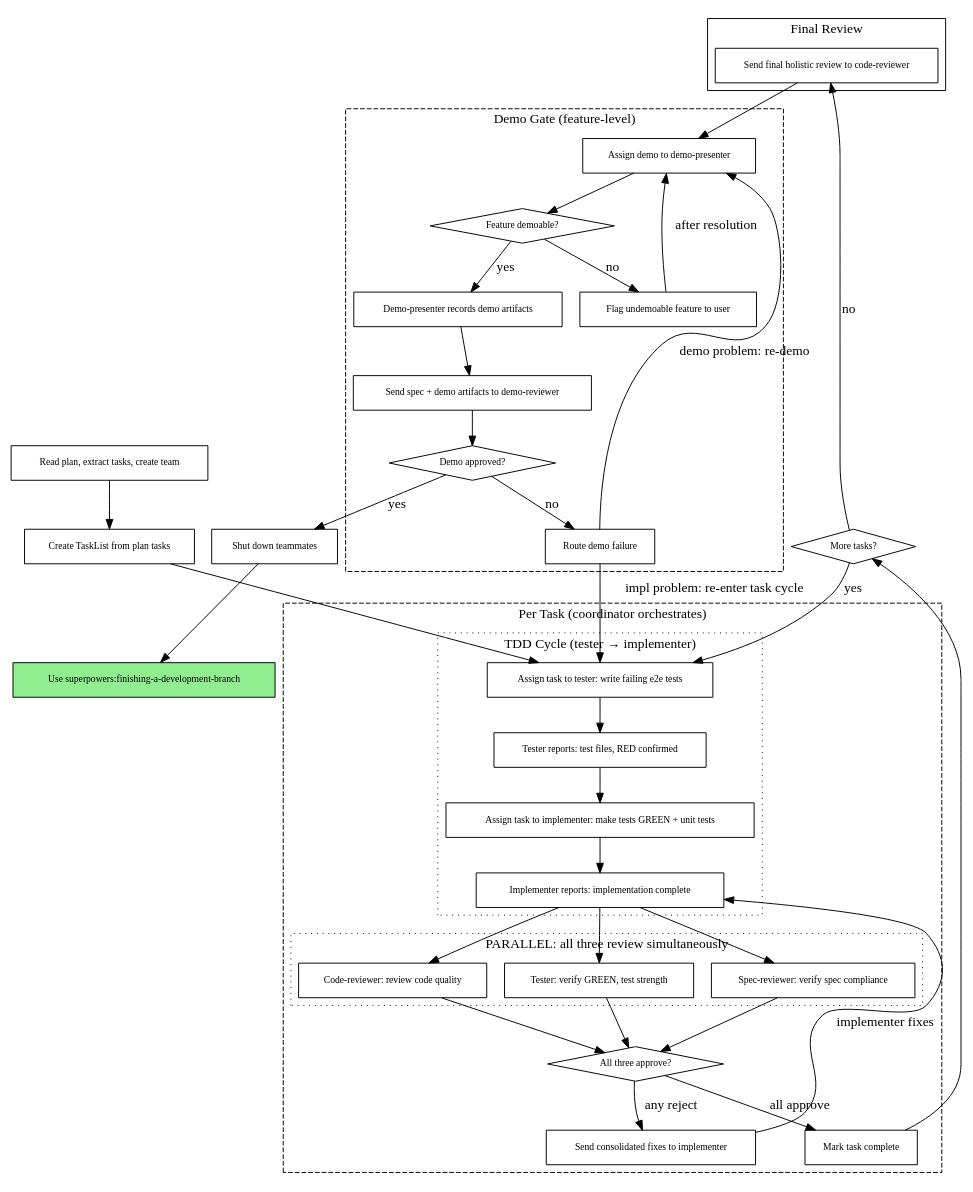
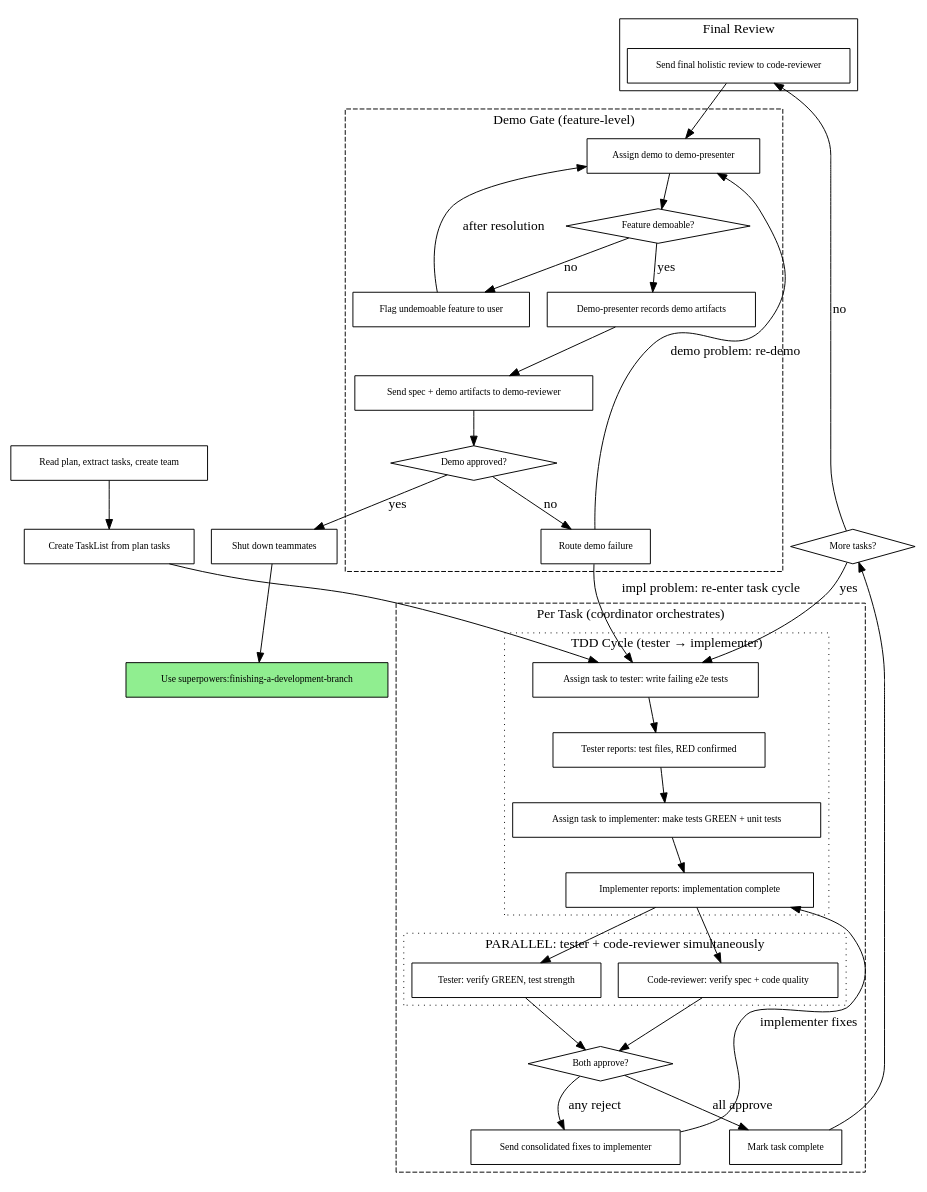
The second of 2 diagrams in plugins/superpowers/skills/subagent-driven-development/SKILL.md (pedropaulovc/personal-marketplace), drawn with Graphviz before and after one commit. The commit also changed other lines of this file and 6 other files, not shown here.

First line of the commit message:
refactor: combine spec-reviewer and code-quality-reviewer into single code-reviewer; improve tester and demo-presenter (v4.3.0.6)

```diff
--- a/plugins/superpowers/skills/subagent-driven-development/SKILL.md
+++ b/plugins/superpowers/skills/subagent-driven-development/SKILL.md
@@ -69,14 +68,13 @@
         }
 
         subgraph cluster_parallel_review {
-            label="PARALLEL: all three review simultaneously";
+            label="PARALLEL: tester + code-reviewer simultaneously";
             style=dotted;
             "Tester: verify GREEN, test strength" [shape=box];
-            "Spec-reviewer: verify spec compliance" [shape=box];
-            "Code-reviewer: review code quality" [shape=box];
+            "Code-reviewer: verify spec + code quality" [shape=box];
         }
 
-        "All three approve?" [shape=diamond];
+        "Both approve?" [shape=diamond];
         "Send consolidated fixes to implementer" [shape=box];
         "Mark task complete" [shape=box];
     }
@@ -112,18 +110,16 @@
     "Tester reports: test files, RED confirmed" -> "Assign task to implementer: make tests GREEN + unit tests";
     "Assign task to implementer: make tests GREEN + unit tests" -> "Implementer reports: implementation complete";
 
-    // Parallel review (all three at once)
+    // Parallel review (tester + code-reviewer at once)
     "Implementer reports: implementation complete" -> "Tester: verify GREEN, test strength";
-    "Implementer reports: implementation complete" -> "Spec-reviewer: verify spec compliance";
-    "Implementer reports: implementation complete" -> "Code-reviewer: review code quality";
-    "Tester: verify GREEN, test strength" -> "All three approve?";
-    "Spec-reviewer: verify spec compliance" -> "All three approve?";
-    "Code-reviewer: review code quality" -> "All three approve?";
+    "Implementer reports: implementation complete" -> "Code-reviewer: verify spec + code quality";
+    "Tester: verify GREEN, test strength" -> "Both approve?";
+    "Code-reviewer: verify spec + code quality" -> "Both approve?";
 
     // Fix loop
-    "All three approve?" -> "Send consolidated fixes to implementer" [label="any reject"];
+    "Both approve?" -> "Send consolidated fixes to implementer" [label="any reject"];
     "Send consolidated fixes to implementer" -> "Implementer reports: implementation complete" [label="implementer fixes"];
-    "All three approve?" -> "Mark task complete" [label="all approve"];
+    "Both approve?" -> "Mark task complete" [label="all approve"];
 
     // Task loop
     "Mark task complete" -> "More tasks?";
```
